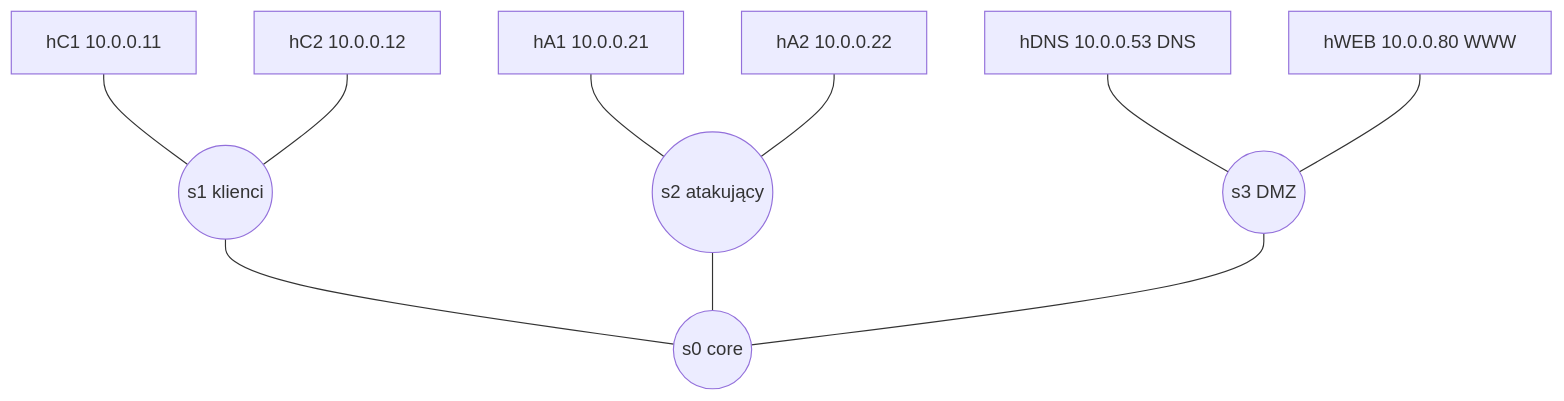
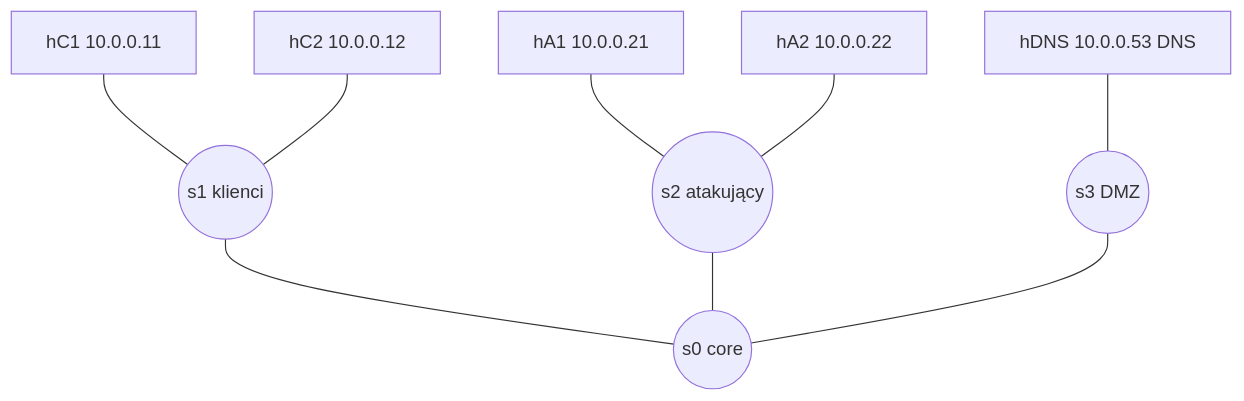
The diagram in README.md (ironnext22/SSP), drawn with Mermaid before and after one commit.

````diff
--- a/README.md
+++ b/README.md
@@ -3,36 +3,34 @@
 ```mermaid
 graph TD
 
     %% Przełączniki
     s0((s0 core))
     s1((s1 klienci))
     s2((s2 atakujący))
     s3((s3 DMZ))
 
     %% Hosty klienci
     hC1[hC1 10.0.0.11]
     hC2[hC2 10.0.0.12]
 
     %% Hosty atakujący
     hA1[hA1 10.0.0.21]
     hA2[hA2 10.0.0.22]
 
     %% Hosty DMZ
     hDNS[hDNS 10.0.0.53 DNS]
-    hWEB[hWEB 10.0.0.80 WWW]
 
     %% Połączenia hostów z przełącznikami
     hC1 --- s1
     hC2 --- s1
 
     hA1 --- s2
     hA2 --- s2
 
     hDNS --- s3
-    hWEB --- s3
 
     %% Połączenia między przełącznikami (core)
     s1 --- s0
     s2 --- s0
     s3 --- s0
 ```
````
